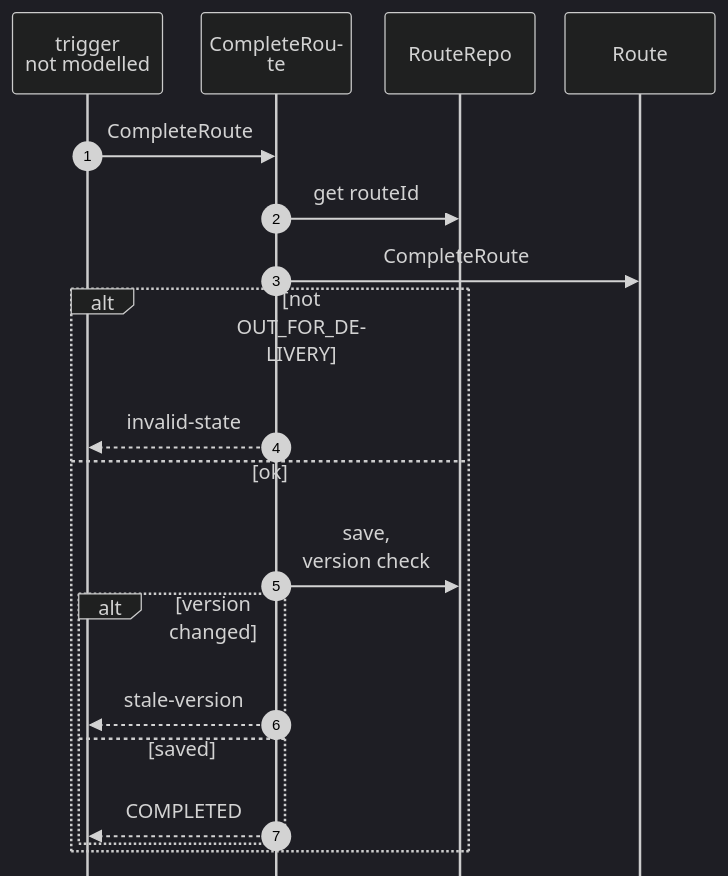
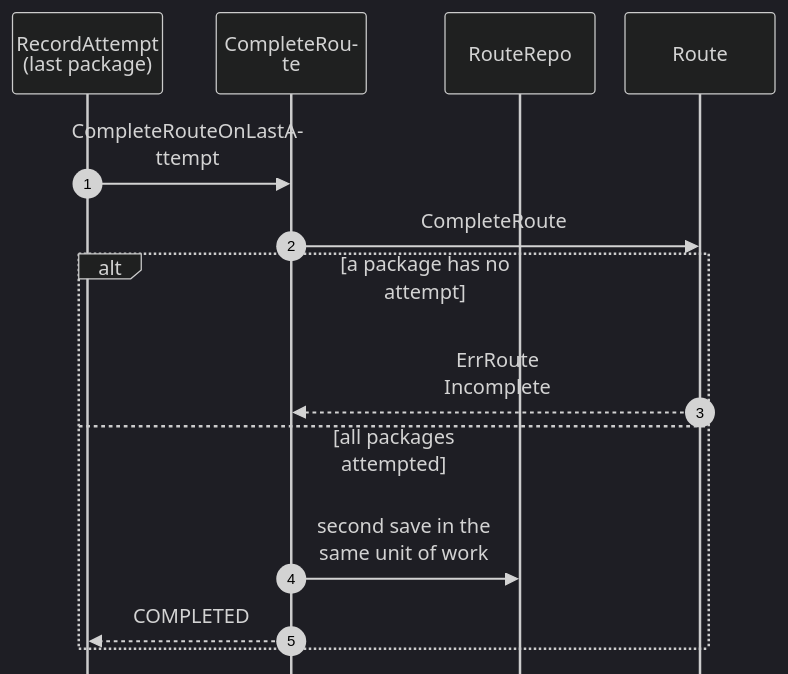
Before and after one commit to IQVO/warehouse-docs: the tenth of 11 diagrams in network/docs/contexts/last-mile-delivery/sequence-diagrams.md, drawn with Mermaid (dark theme). The commit also changed other lines of this file and 7 other files, not shown here.

Commit message:
network(last-mile-delivery): align model and pack with ADR 0002/0003/0010/0015 (slugs, station precondition, auto-complete, cancel, idempotency, carrier areas)

````diff
--- a/network/docs/contexts/last-mile-delivery/sequence-diagrams.md
+++ b/network/docs/contexts/last-mile-delivery/sequence-diagrams.md
@@ -388,22 +418,17 @@
 ```mermaid
 %%{init: {"sequence": {"wrap": true, "width": 120, "actorMargin": 24, "messageMargin": 28, "boxMargin": 6, "noteMargin": 6, "mirrorActors": false}}}%%
 sequenceDiagram
     autonumber
-    participant T as trigger<br/>not modelled
+    participant T as RecordAttempt<br/>(last package)
     participant UC as CompleteRoute
     participant REPO as RouteRepo
     participant AGG as Route
-    T->>UC: CompleteRoute
-    UC->>REPO: get routeId
+    T->>UC: CompleteRouteOnLastAttempt
     UC->>AGG: CompleteRoute
-    alt not OUT_FOR_DELIVERY
-        UC-->>T: invalid-state
-    else ok
-        UC->>REPO: save,<br/>version check
-        alt version changed
-            UC-->>T: stale-version
-        else saved
-            UC-->>T: COMPLETED
-        end
+    alt a package has no attempt
+        AGG-->>UC: ErrRoute<br/>Incomplete
+    else all packages attempted
+        UC->>REPO: second save in the<br/>same unit of work
+        UC-->>T: COMPLETED
     end
 ```
````
